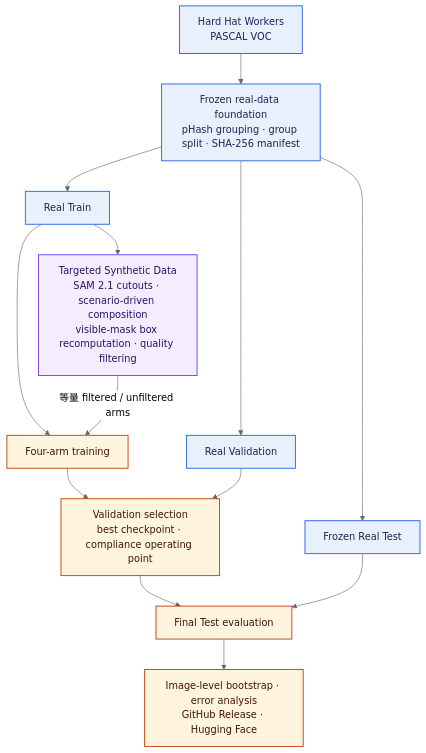
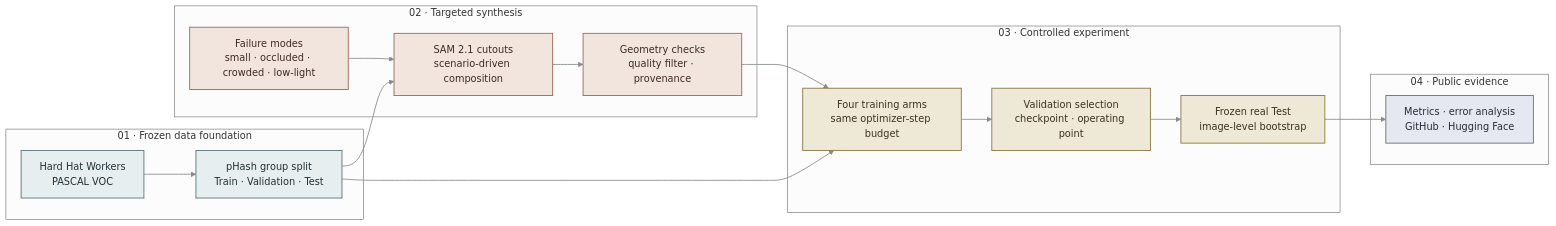
One commit to kuotunyu/SafeSynth changed the first of 2 diagrams in README.md. Above: the diagram before and after it, drawn with Mermaid (neutral theme). The commit also changed other lines of this file and 65 other files, not shown here.

````diff
--- a/README.md
+++ b/README.md
@@ -47,24 +42,35 @@
 ```mermaid
-flowchart TB
-    D["Hard Hat Workers<br/>PASCAL VOC"] --> F["Frozen real-data foundation<br/>pHash grouping · group split · SHA-256 manifest"]
-    F --> TR["Real Train"]
-    F --> VA["Real Validation"]
-    F --> TE["Frozen Real Test"]
+flowchart LR
+    subgraph P1["01 · Frozen data foundation"]
+        D["Hard Hat Workers<br/>PASCAL VOC"] --> S["pHash group split<br/>Train · Validation · Test"]
+    end
 
-    TR --> S["Targeted Synthetic Data<br/>SAM 2.1 cutouts · scenario-driven composition<br/>visible-mask box recomputation · quality filtering"]
-    TR --> A["Four-arm training"]
-    S -->|"等量 filtered / unfiltered arms"| A
-    A --> V["Validation selection<br/>best checkpoint · compliance operating point"]
-    VA --> V
-    V --> T["Final Test evaluation"]
-    TE --> T
-    T --> R["Image-level bootstrap · error analysis<br/>GitHub Release · Hugging Face"]
+    subgraph P2["02 · Targeted synthesis"]
+        F["Failure modes<br/>small · occluded · crowded · low-light"] --> G["SAM 2.1 cutouts<br/>scenario-driven composition"]
+        G --> Q["Geometry checks<br/>quality filter · provenance"]
+    end
 
-    classDef source fill:#E8F1FB,stroke:#2563EB,stroke-width:1.5px,color:#172554
-    classDef synth fill:#F4ECFF,stroke:#7C3AED,stroke-width:1.5px,color:#2E1065
-    classDef experiment fill:#FFF4DD,stroke:#C2410C,stroke-width:1.5px,color:#431407
+    subgraph P3["03 · Controlled experiment"]
+        A["Four training arms<br/>same optimizer-step budget"] --> V["Validation selection<br/>checkpoint · operating point"]
+        V --> T["Frozen real Test<br/>image-level bootstrap"]
+    end
 
-    class D,F,TR,VA,TE source
-    class S synth
-    class A,V,T,R experiment
+    subgraph P4["04 · Public evidence"]
+        E["Metrics · error analysis<br/>GitHub · Hugging Face"]
+    end
+
+    S --> G
+    S --> A
+    Q --> A
+    T --> E
+
+    classDef foundation fill:#E7EEF0,stroke:#5F777D,color:#203136,stroke-width:1.5px
+    classDef synthesis fill:#F1E5DE,stroke:#9B6E5D,color:#3E2A23,stroke-width:1.5px
+    classDef experiment fill:#EEE8D7,stroke:#8F7A45,color:#3A321F,stroke-width:1.5px
+    classDef evidence fill:#E5E8F0,stroke:#68718C,color:#272B3A,stroke-width:1.5px
+    class D,S foundation
+    class F,G,Q synthesis
+    class A,V,T experiment
+    class E evidence
+    linkStyle default stroke:#858B8F,stroke-width:1.4px
 ```
````
